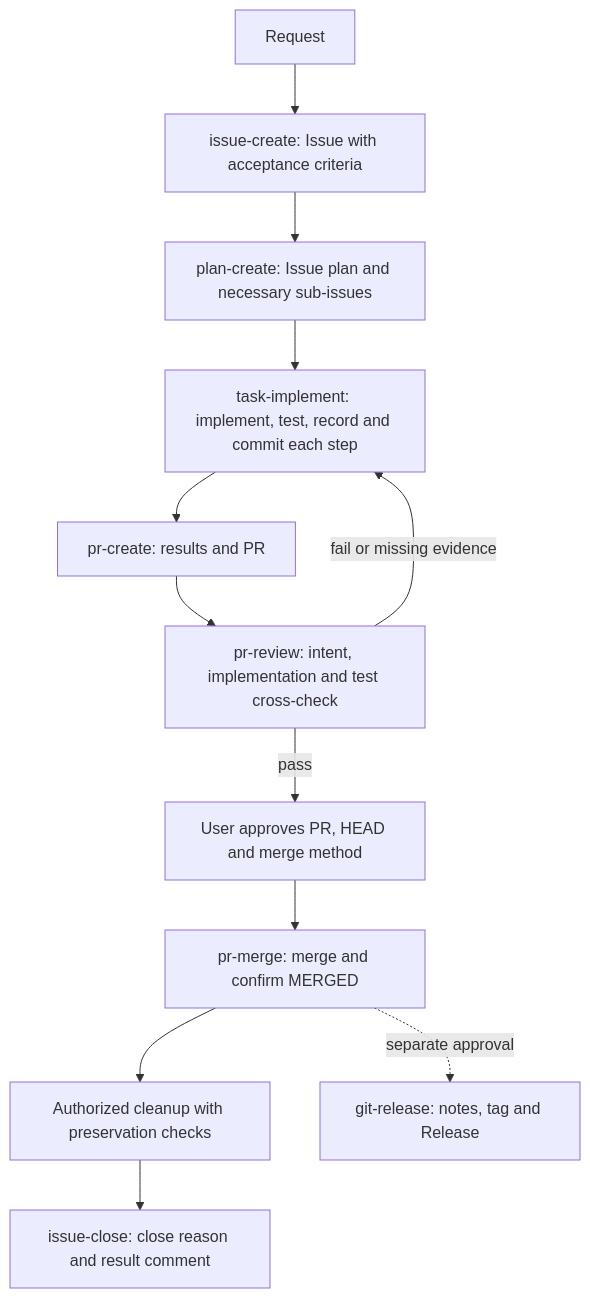
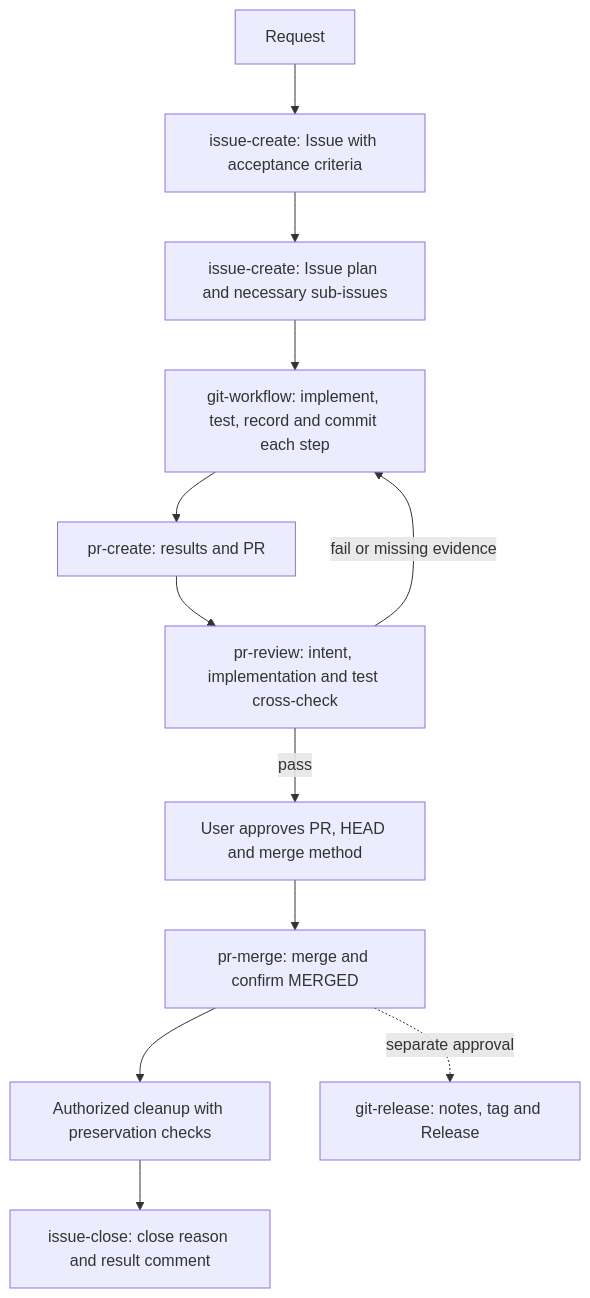
The diagram in README.md (insung/git-workflow), drawn with Mermaid before and after one commit. The commit also changed other lines of this file and 26 other files, not shown here.

First line of the commit message:
feat(git-workflow): 계획과 구현을 기존 진입점으로 통합

````diff
--- a/README.md
+++ b/README.md
@@ -42,14 +42,14 @@
 ```mermaid
 flowchart TD
     A[Request] --> B[issue-create: Issue with acceptance criteria]
-    B --> C[plan-create: Issue plan and necessary sub-issues]
-    C --> D[task-implement: implement, test, record and commit each step]
+    B --> C[issue-create: Issue plan and necessary sub-issues]
+    C --> D[git-workflow: implement, test, record and commit each step]
     D --> E[pr-create: results and PR]
     E --> F[pr-review: intent, implementation and test cross-check]
     F -->|fail or missing evidence| D
     F -->|pass| G[User approves PR, HEAD and merge method]
     G --> H[pr-merge: merge and confirm MERGED]
     H --> J[Authorized cleanup with preservation checks]
     J --> K[issue-close: close reason and result comment]
     H -. separate approval .-> I[git-release: notes, tag and Release]
 ```
````
